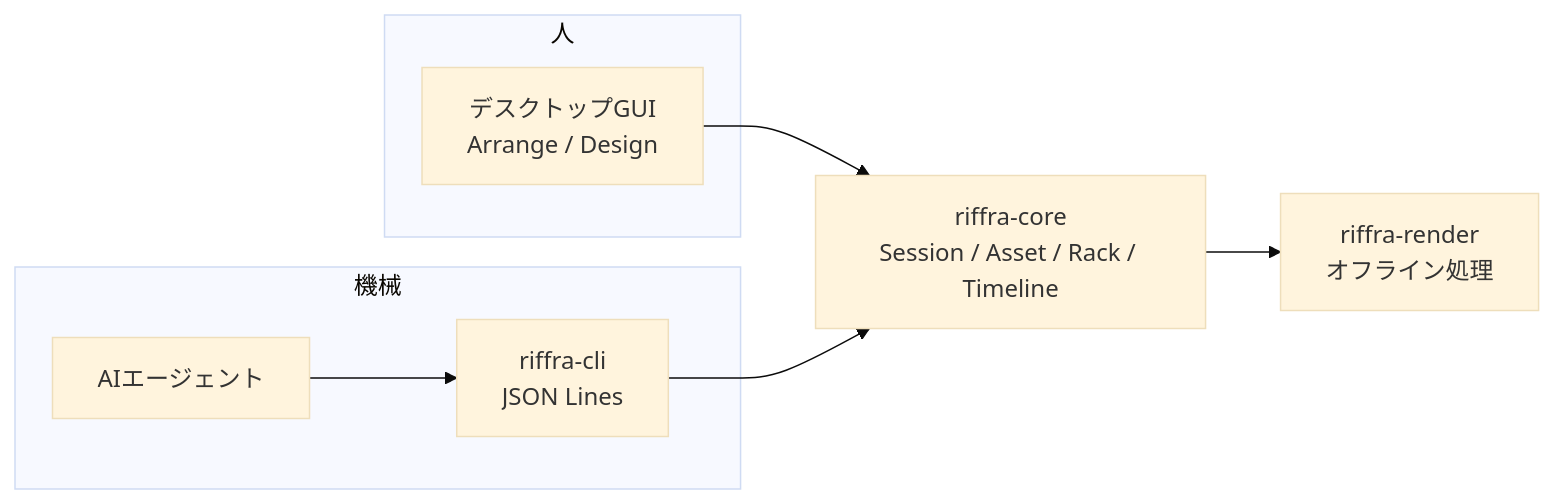
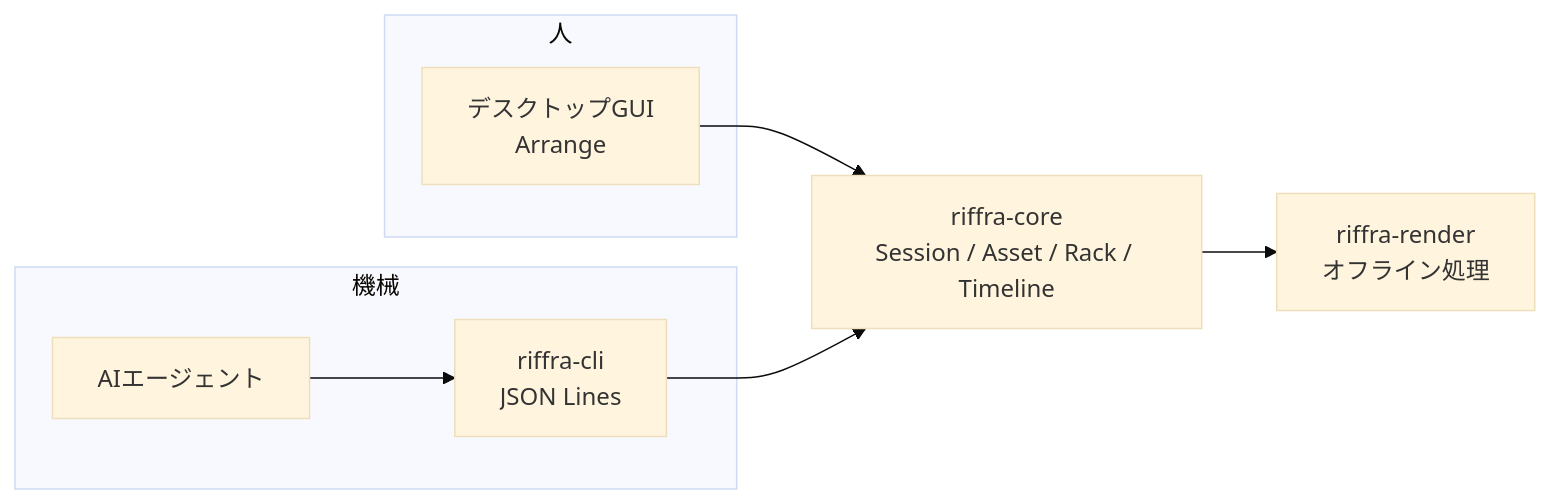
One commit to endo-ly/riffra changed the first of 2 diagrams in docs/CONCEPT.md. Above: the diagram before and after it, drawn with Mermaid (base theme). The commit also changed other lines of this file and 116 other files, not shown here.

````diff
--- a/docs/CONCEPT.md
+++ b/docs/CONCEPT.md
@@ -86,13 +59,13 @@
 ```mermaid
 flowchart LR
     subgraph HUMAN["人"]
-        GUI["デスクトップGUI<br/>Arrange / Design"]
+        GUI["デスクトップGUI<br/>Arrange"]
     end
     subgraph MACHINE["機械"]
         AGENT["AIエージェント"]
         CLI["riffra-cli<br/>JSON Lines"]
     end
     GUI --> CORE["riffra-core<br/>Session / Asset / Rack / Timeline"]
     AGENT --> CLI --> CORE
     CORE --> RENDER["riffra-render<br/>オフライン処理"]
 ```
````
